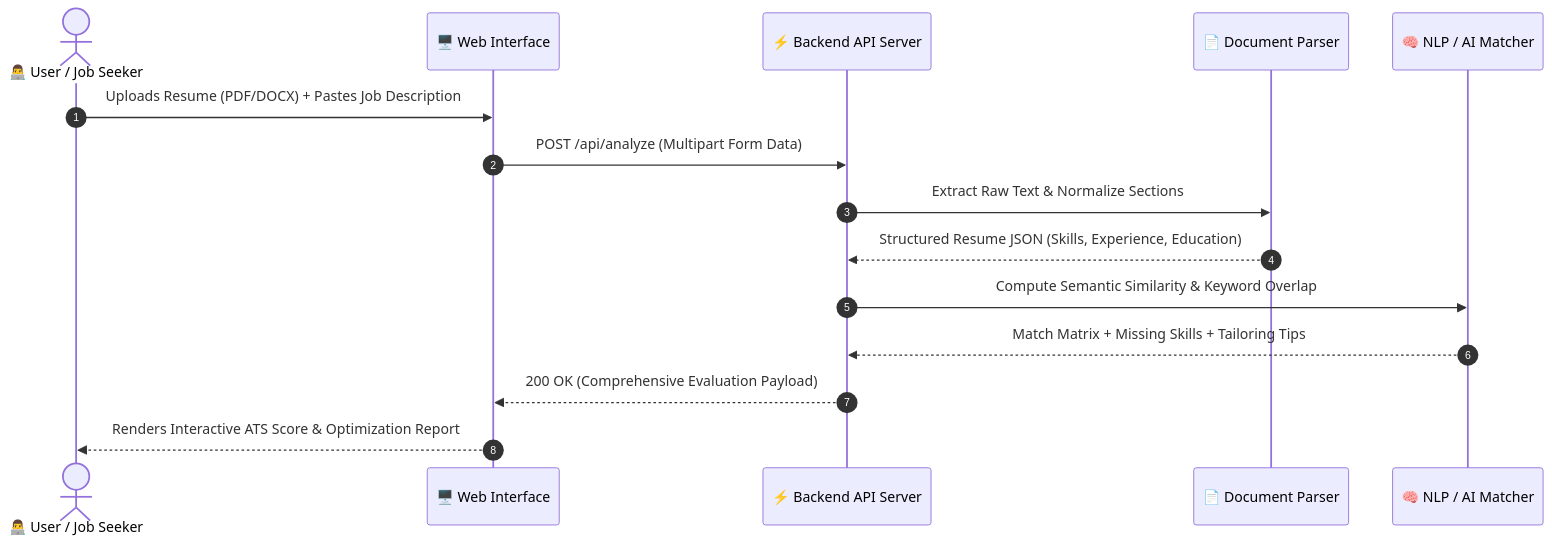
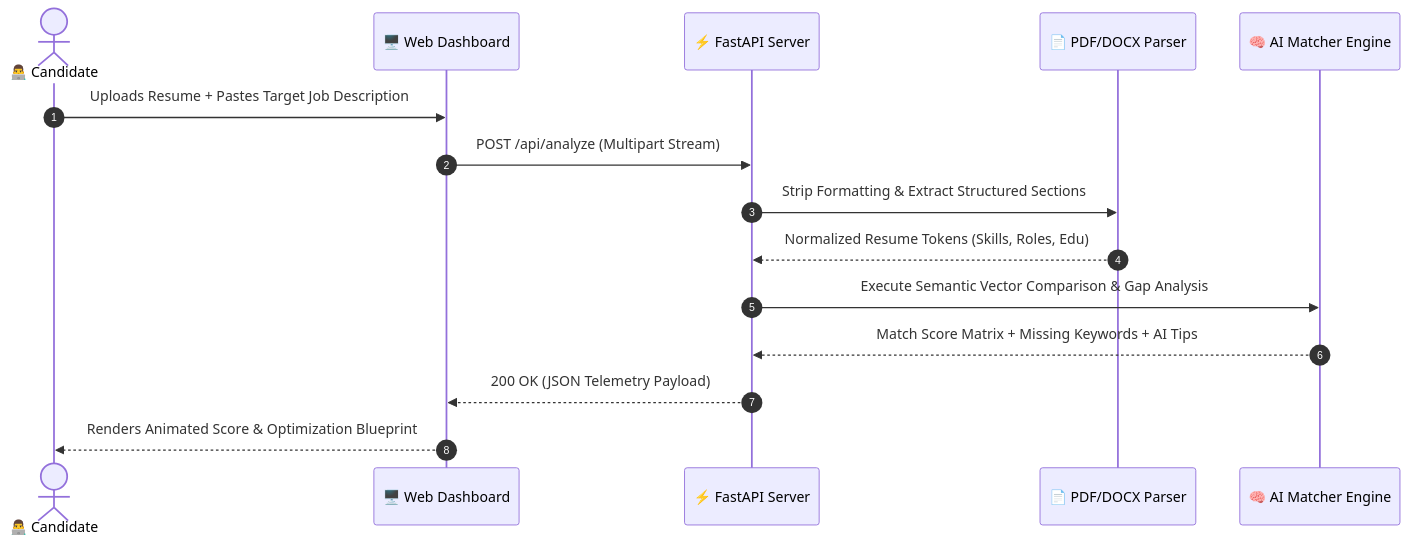
One commit to Adamnazeri/resumematcheraiproject changed the second of 3 diagrams in README.md. Above: the diagram before and after it, drawn with Mermaid. The commit also changed other lines of this file, not shown here.

````diff
--- a/README.md
+++ b/README.md
@@ -141,18 +190,18 @@
 ```mermaid
 sequenceDiagram
     autonumber
-    actor Candidate as 👨‍💻 User / Job Seeker
-    participant UI as 🖥️ Web Interface
-    participant API as ⚡ Backend API Server
-    participant Parser as 📄 Document Parser
-    participant AI as 🧠 NLP / AI Matcher
+    actor User as 👨‍💻 Candidate
+    participant UI as 🖥️ Web Dashboard
+    participant API as ⚡ FastAPI Server
+    participant Parser as 📄 PDF/DOCX Parser
+    participant AI as 🧠 AI Matcher Engine
 
-    Candidate->>UI: Uploads Resume (PDF/DOCX) + Pastes Job Description
-    UI->>API: POST /api/analyze (Multipart Form Data)
-    API->>Parser: Extract Raw Text & Normalize Sections
-    Parser-->>API: Structured Resume JSON (Skills, Experience, Education)
-    API->>AI: Compute Semantic Similarity & Keyword Overlap
-    AI-->>API: Match Matrix + Missing Skills + Tailoring Tips
-    API-->>UI: 200 OK (Comprehensive Evaluation Payload)
-    UI-->>Candidate: Renders Interactive ATS Score & Optimization Report
+    User->>UI: Uploads Resume + Pastes Target Job Description
+    UI->>API: POST /api/analyze (Multipart Stream)
+    API->>Parser: Strip Formatting & Extract Structured Sections
+    Parser-->>API: Normalized Resume Tokens (Skills, Roles, Edu)
+    API->>AI: Execute Semantic Vector Comparison & Gap Analysis
+    AI-->>API: Match Score Matrix + Missing Keywords + AI Tips
+    API-->>UI: 200 OK (JSON Telemetry Payload)
+    UI-->>User: Renders Animated Score & Optimization Blueprint
 ```
````
